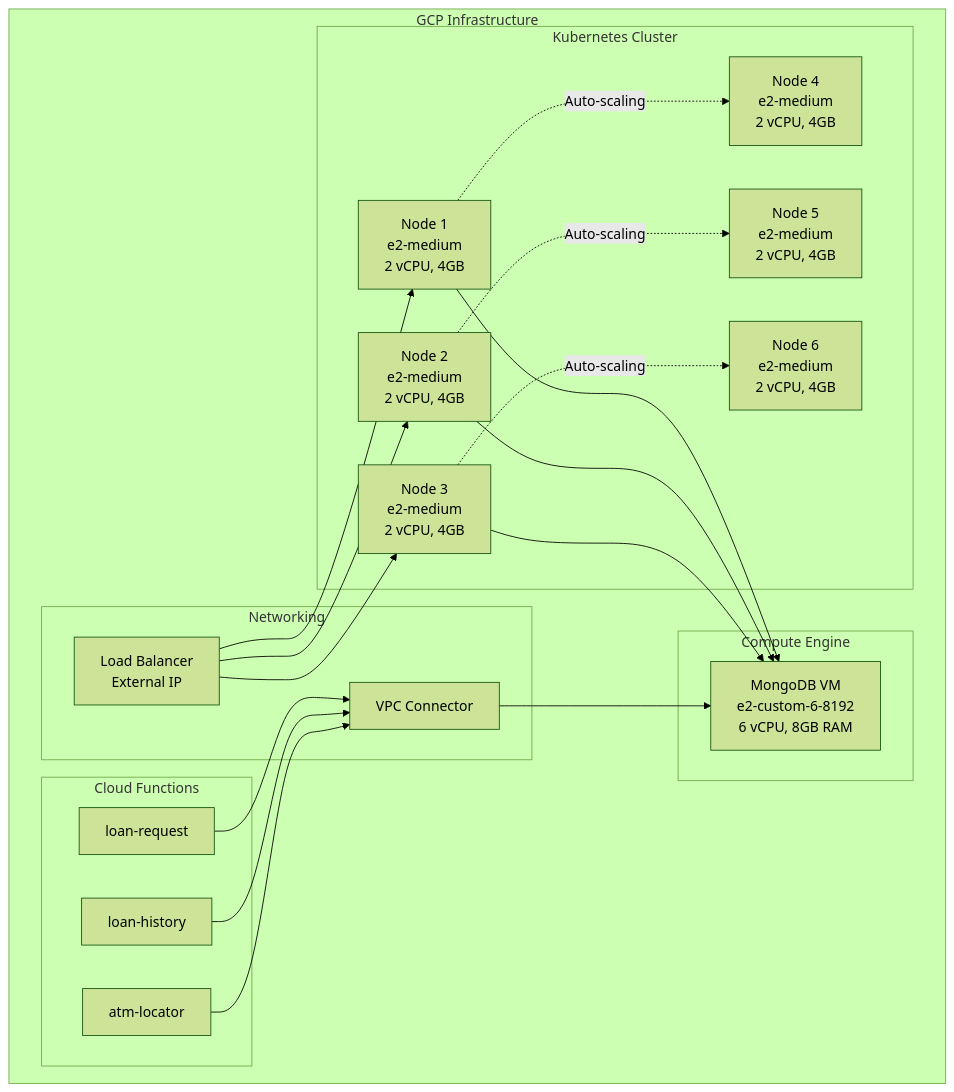
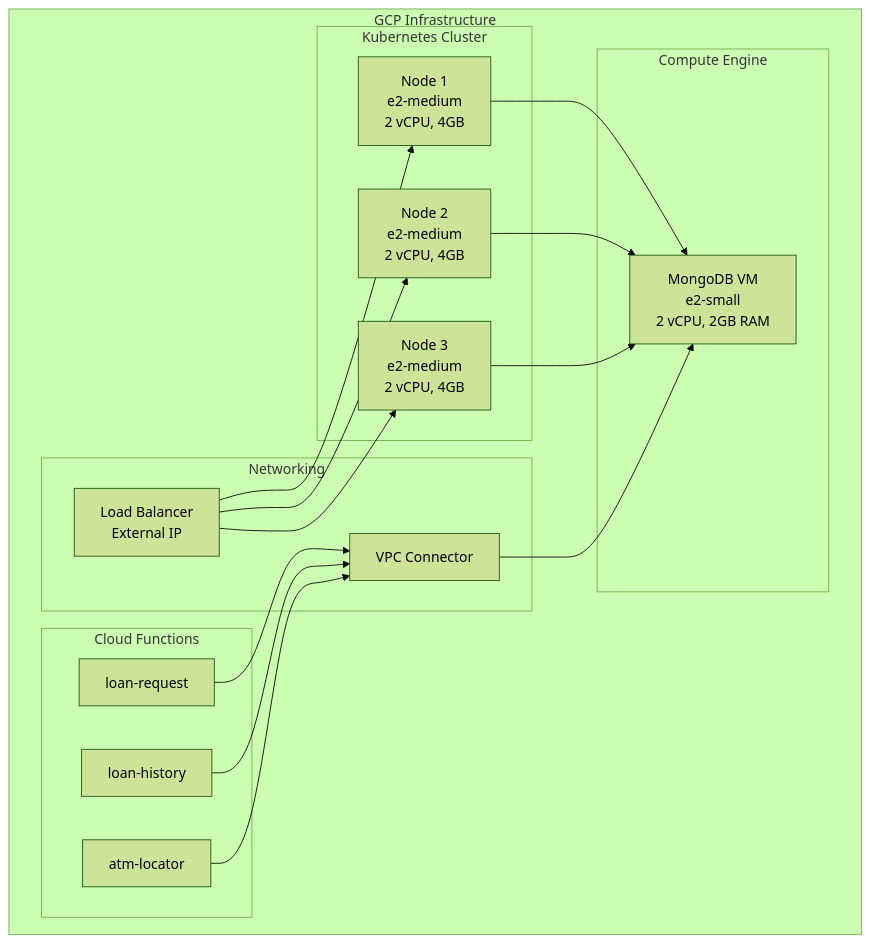
Before and after one commit to aligokcek1/cmpe48a_term_project: the second of 2 diagrams in docs/FINAL_DOCS/ARCHITECTURE_DIAGRAM.md, drawn with Mermaid (forest theme). The commit also changed other lines of this file and 288 other files, not shown here.

````diff
--- a/docs/FINAL_DOCS/ARCHITECTURE_DIAGRAM.md
+++ b/docs/FINAL_DOCS/ARCHITECTURE_DIAGRAM.md
@@ -96,44 +96,38 @@
 ```mermaid
 graph TB
     subgraph "GCP Infrastructure"
         subgraph "Kubernetes Cluster"
             Node1[Node 1<br/>e2-medium<br/>2 vCPU, 4GB]
             Node2[Node 2<br/>e2-medium<br/>2 vCPU, 4GB]
             Node3[Node 3<br/>e2-medium<br/>2 vCPU, 4GB]
-            Node4[Node 4<br/>e2-medium<br/>2 vCPU, 4GB]
-            Node5[Node 5<br/>e2-medium<br/>2 vCPU, 4GB]
-            Node6[Node 6<br/>e2-medium<br/>2 vCPU, 4GB]
         end
 
         subgraph "Compute Engine"
-            MongoDBVM[MongoDB VM<br/>e2-custom-6-8192<br/>6 vCPU, 8GB RAM]
+            MongoDBVM[MongoDB VM<br/>e2-small<br/>2 vCPU, 2GB RAM]
         end
 
         subgraph "Cloud Functions"
             CF1[loan-request]
             CF2[loan-history]
             CF3[atm-locator]
         end
 
         subgraph "Networking"
             LB[Load Balancer<br/>External IP]
             VPC[VPC Connector]
         end
     end
 
     LB --> Node1
     LB --> Node2
     LB --> Node3
-    Node1 -.->|Auto-scaling| Node4
-    Node2 -.->|Auto-scaling| Node5
-    Node3 -.->|Auto-scaling| Node6
 
     Node1 --> MongoDBVM
     Node2 --> MongoDBVM
     Node3 --> MongoDBVM
 
     CF1 --> VPC
     CF2 --> VPC
     CF3 --> VPC
     VPC --> MongoDBVM
 ```
````
